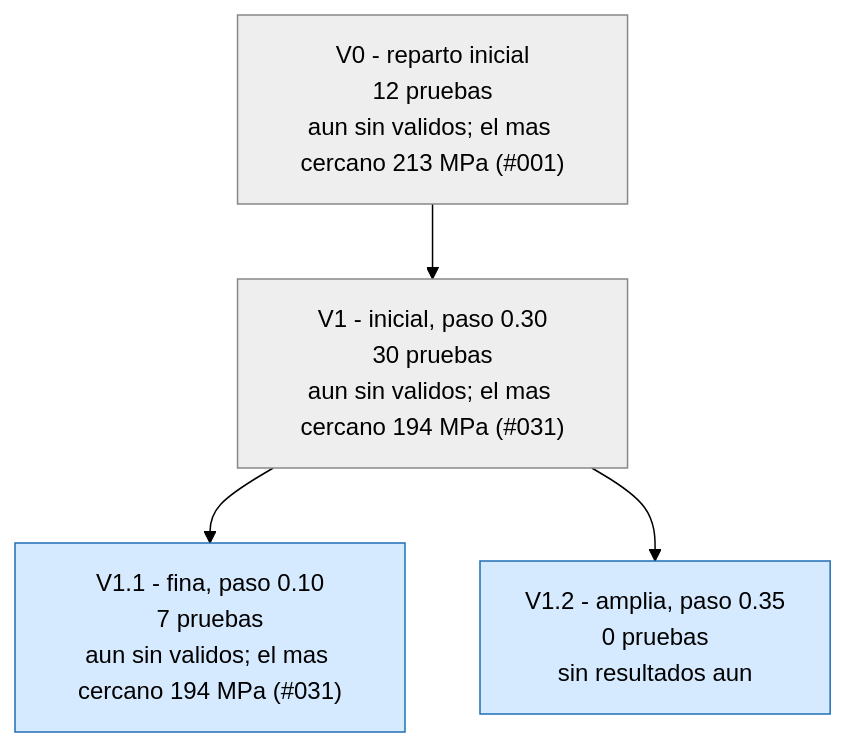
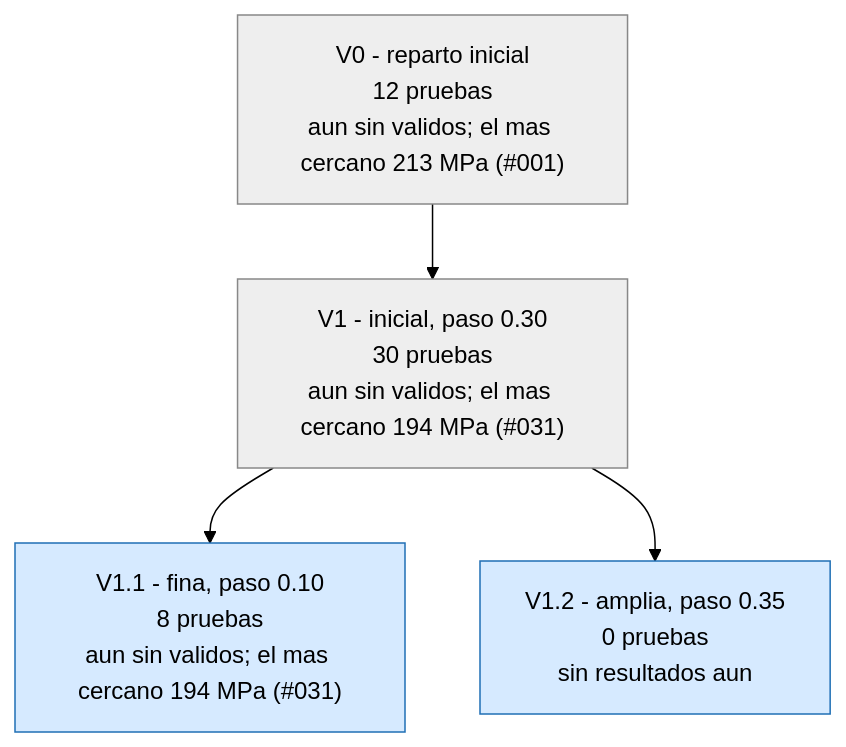
Before and after one commit to Hugiko/msd-soporte-optimizacion: the first of 3 diagrams in runs/opt_37800N/ARBOL.md, drawn with Mermaid (forest theme). The commit also changed other lines of this file and 26 other files, not shown here.

````diff
--- a/runs/opt_37800N/ARBOL.md
+++ b/runs/opt_37800N/ARBOL.md
@@ -9,13 +9,13 @@
 ```mermaid
 graph TD
 classDef activa fill:#d6eaff,stroke:#1f6fb5,color:#000
 classDef fin fill:#eeeeee,stroke:#888,color:#000
 classDef mejor fill:#c8f0c0,stroke:#1a9850,stroke-width:4px,color:#000
 V0["V0 - reparto inicial<br/>12 pruebas<br/>aun sin validos; el mas cercano 213 MPa (#001)"]:::fin
 V1["V1 - inicial, paso 0.30<br/>30 pruebas<br/>aun sin validos; el mas cercano 194 MPa (#031)"]:::fin
 V0 --> V1
-V1_1["V1.1 - fina, paso 0.10<br/>7 pruebas<br/>aun sin validos; el mas cercano 194 MPa (#031)"]:::activa
+V1_1["V1.1 - fina, paso 0.10<br/>8 pruebas<br/>aun sin validos; el mas cercano 194 MPa (#031)"]:::activa
 V1 --> V1_1
 V1_2["V1.2 - amplia, paso 0.35<br/>0 pruebas<br/>sin resultados aun"]:::activa
 V1 --> V1_2
 ```
````
